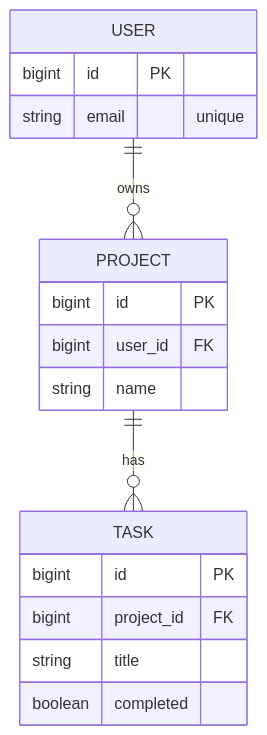
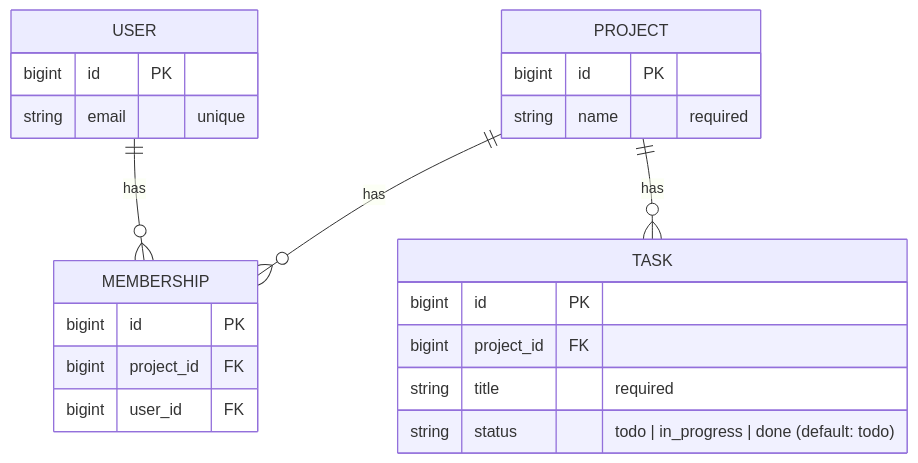
Before and after one commit to paradon-sg/BC-Bootcamp: the diagram in README.md, drawn with Mermaid. The commit also changed other lines of this file, not shown here.

Commit message:
Enhance README.md with detailed project structure and task management instructions for Hotwire Bootcamp

````diff
--- a/README.md
+++ b/README.md
@@ -945,21 +969,26 @@
 ```mermaid
 erDiagram
-  USER ||--o{ PROJECT : owns
+  USER ||--o{ MEMBERSHIP : has
+  PROJECT ||--o{ MEMBERSHIP : has
   PROJECT ||--o{ TASK : has
 
   USER {
     bigint id PK
     string email "unique"
   }
+  MEMBERSHIP {
+    bigint id PK
+    bigint project_id FK
+    bigint user_id FK
+  }
   PROJECT {
     bigint id PK
-    bigint user_id FK
-    string name
+    string name "required"
   }
   TASK {
     bigint id PK
     bigint project_id FK
-    string title
-    boolean completed
+    string title "required"
+    string status "todo | in_progress | done (default: todo)"
   }
 ```
````
